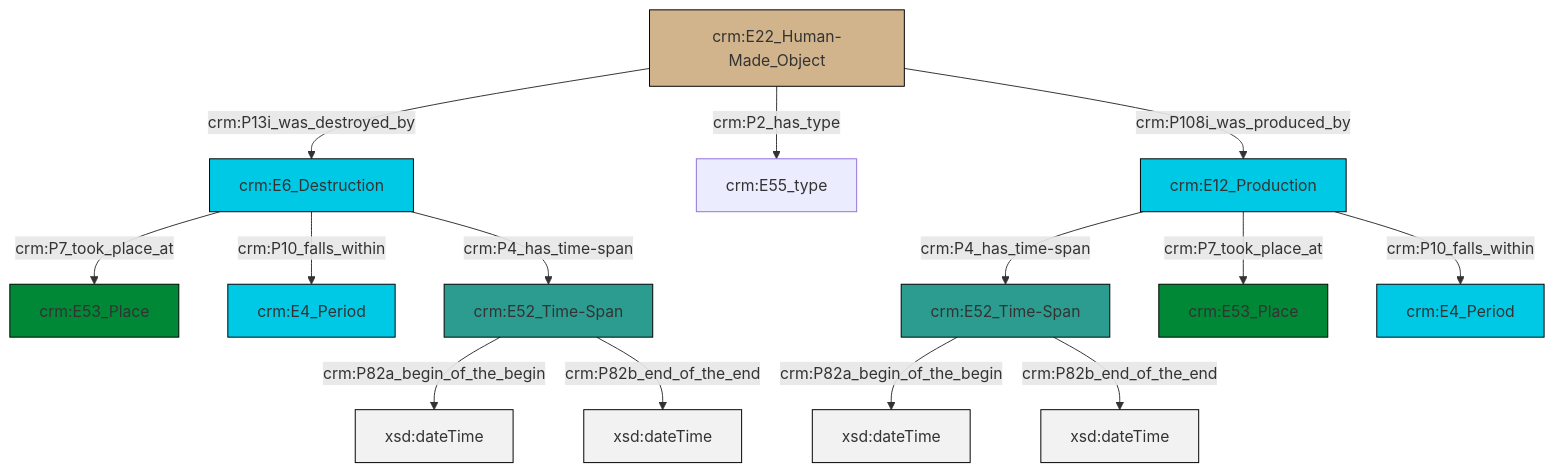
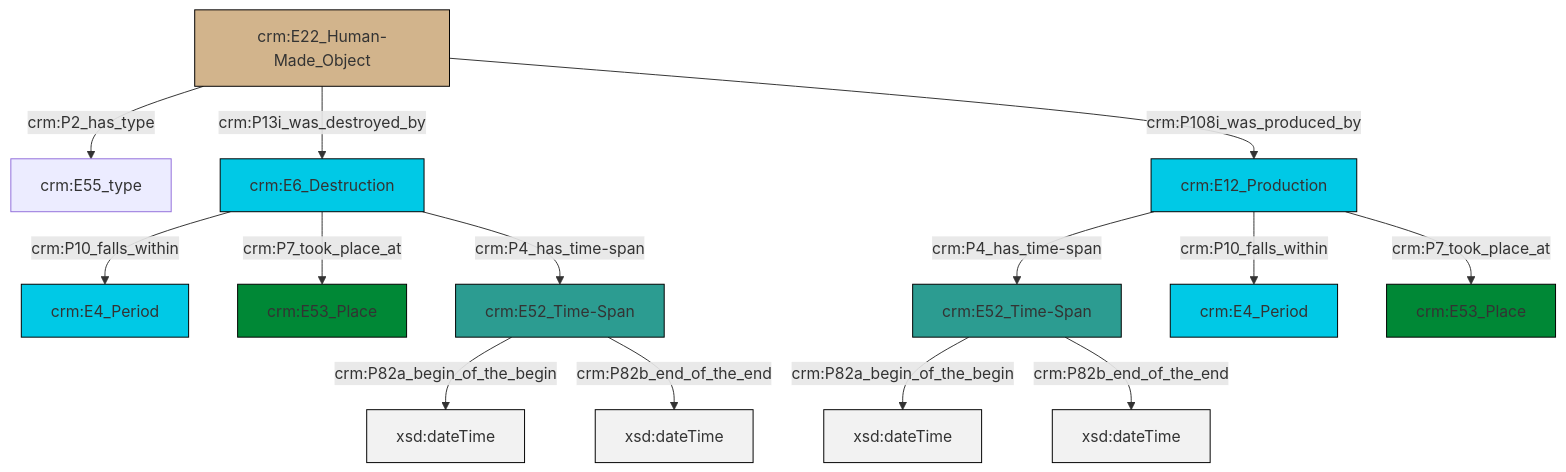
The diagram in et/artworkCSV/ttl/mmd/Artwork_Existence.ttl.mmd (swiss-art-research-net/reference-data-models), drawn with Mermaid before and after one commit. The commit also changed 125 other files, not shown here.

```diff
--- a/et/artworkCSV/ttl/mmd/Artwork_Existence.ttl.mmd
+++ b/et/artworkCSV/ttl/mmd/Artwork_Existence.ttl.mmd
@@ -1,28 +1,28 @@
 graph TD
 classDef Literal fill:#f2f2f2,stroke:#000000;
 classDef CRM_Entity fill:#FFFFFF,stroke:#000000;
 classDef Temporal_Entity fill:#00C9E6, stroke:#000000;
 classDef Type fill:#E18312, stroke:#000000;
 classDef Time-Span fill:#2C9C91, stroke:#000000;
 classDef Appellation fill:#FFEB7F, stroke:#000000;
 classDef Place fill:#008836, stroke:#000000;
 classDef Persistent_Item fill:#B266B2, stroke:#000000;
 classDef Conceptual_Object fill:#FFD700, stroke:#000000;
 classDef Physical_Thing fill:#D2B48C, stroke:#000000;
 classDef Actor fill:#f58aad, stroke:#000000;
 classDef PC_Classes fill:#4ce600, stroke:#000000;
 classDef Multi fill:#cccccc,stroke:#000000;
 
-4["crm:E6_Destruction"]:::Temporal_Entity -->|crm:P10_falls_within| 5["crm:E4_Period"]:::Temporal_Entity
-0["crm:E22_Human-Made_Object"]:::Physical_Thing -->|crm:P2_has_type| 6["crm:E55_type"]:::Default
-0["crm:E22_Human-Made_Object"]:::Physical_Thing -->|crm:P13i_was_destroyed_by| 4["crm:E6_Destruction"]:::Temporal_Entity
-13["crm:E12_Production"]:::Temporal_Entity -->|crm:P7_took_place_at| 14["crm:E53_Place"]:::Place
-8["crm:E52_Time-Span"]:::Time-Span -->|crm:P82a_begin_of_the_begin| 17[xsd:dateTime]:::Literal
-10["crm:E52_Time-Span"]:::Time-Span -->|crm:P82a_begin_of_the_begin| 18[xsd:dateTime]:::Literal
-13["crm:E12_Production"]:::Temporal_Entity -->|crm:P4_has_time-span| 8["crm:E52_Time-Span"]:::Time-Span
-13["crm:E12_Production"]:::Temporal_Entity -->|crm:P10_falls_within| 15["crm:E4_Period"]:::Temporal_Entity
-4["crm:E6_Destruction"]:::Temporal_Entity -->|crm:P4_has_time-span| 10["crm:E52_Time-Span"]:::Time-Span
-4["crm:E6_Destruction"]:::Temporal_Entity -->|crm:P7_took_place_at| 2["crm:E53_Place"]:::Place
-8["crm:E52_Time-Span"]:::Time-Span -->|crm:P82b_end_of_the_end| 22[xsd:dateTime]:::Literal
-10["crm:E52_Time-Span"]:::Time-Span -->|crm:P82b_end_of_the_end| 23[xsd:dateTime]:::Literal
-0["crm:E22_Human-Made_Object"]:::Physical_Thing -->|crm:P108i_was_produced_by| 13["crm:E12_Production"]:::Temporal_Entity
+2["crm:E22_Human-Made_Object"]:::Physical_Thing -->|crm:P2_has_type| 3["crm:E55_type"]:::Default
+5["crm:E12_Production"]:::Temporal_Entity -->|crm:P4_has_time-span| 6["crm:E52_Time-Span"]:::Time-Span
+5["crm:E12_Production"]:::Temporal_Entity -->|crm:P10_falls_within| 7["crm:E4_Period"]:::Temporal_Entity
+2["crm:E22_Human-Made_Object"]:::Physical_Thing -->|crm:P13i_was_destroyed_by| 8["crm:E6_Destruction"]:::Temporal_Entity
+8["crm:E6_Destruction"]:::Temporal_Entity -->|crm:P10_falls_within| 13["crm:E4_Period"]:::Temporal_Entity
+8["crm:E6_Destruction"]:::Temporal_Entity -->|crm:P7_took_place_at| 0["crm:E53_Place"]:::Place
+6["crm:E52_Time-Span"]:::Time-Span -->|crm:P82a_begin_of_the_begin| 14[xsd:dateTime]:::Literal
+2["crm:E22_Human-Made_Object"]:::Physical_Thing -->|crm:P108i_was_produced_by| 5["crm:E12_Production"]:::Temporal_Entity
+11["crm:E52_Time-Span"]:::Time-Span -->|crm:P82a_begin_of_the_begin| 17[xsd:dateTime]:::Literal
+6["crm:E52_Time-Span"]:::Time-Span -->|crm:P82b_end_of_the_end| 20[xsd:dateTime]:::Literal
+11["crm:E52_Time-Span"]:::Time-Span -->|crm:P82b_end_of_the_end| 22[xsd:dateTime]:::Literal
+5["crm:E12_Production"]:::Temporal_Entity -->|crm:P7_took_place_at| 9["crm:E53_Place"]:::Place
+8["crm:E6_Destruction"]:::Temporal_Entity -->|crm:P4_has_time-span| 11["crm:E52_Time-Span"]:::Time-Span
```
